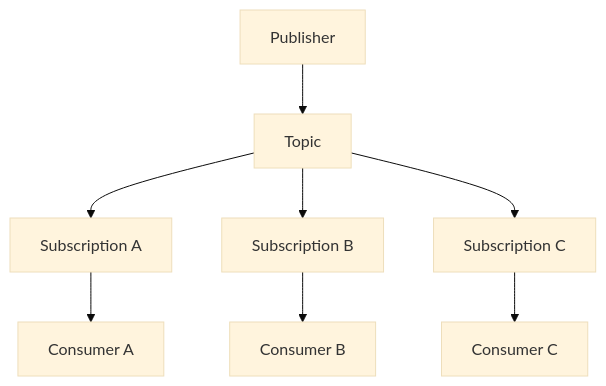
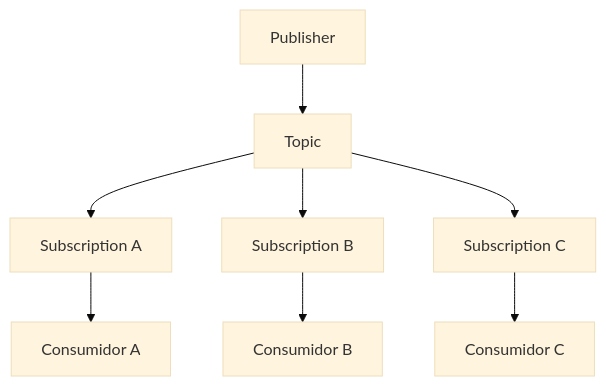
One commit to mytheondev/mytheondev changed the first of 10 diagrams in src/content/blog/google-cloud-pubsub-how-to-use-it-correctly.es.md. Above: the diagram before and after it, drawn with Mermaid (base theme). The commit also changed other lines of this file and 33 other files, not shown here.

````diff
--- a/src/content/blog/google-cloud-pubsub-how-to-use-it-correctly.es.md
+++ b/src/content/blog/google-cloud-pubsub-how-to-use-it-correctly.es.md
@@ -38,7 +39,7 @@
 ```mermaid
 flowchart TD
   Publisher --> Topic
-  Topic --> SubA[Subscription A] --> ConsumerA[Consumer A]
-  Topic --> SubB[Subscription B] --> ConsumerB[Consumer B]
-  Topic --> SubC[Subscription C] --> ConsumerC[Consumer C]
+  Topic --> SubA[Subscription A] --> ConsumerA[Consumidor A]
+  Topic --> SubB[Subscription B] --> ConsumerB[Consumidor B]
+  Topic --> SubC[Subscription C] --> ConsumerC[Consumidor C]
 ```
````
